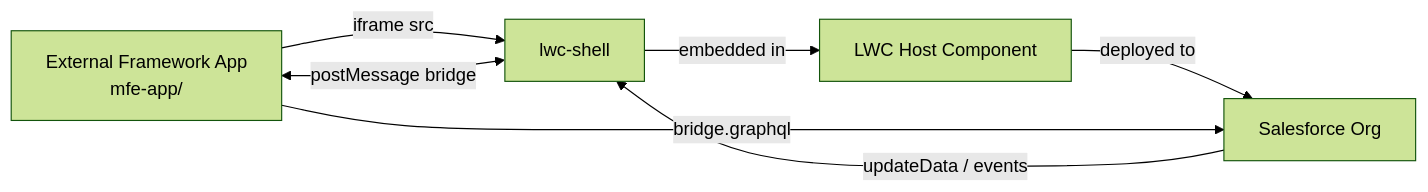
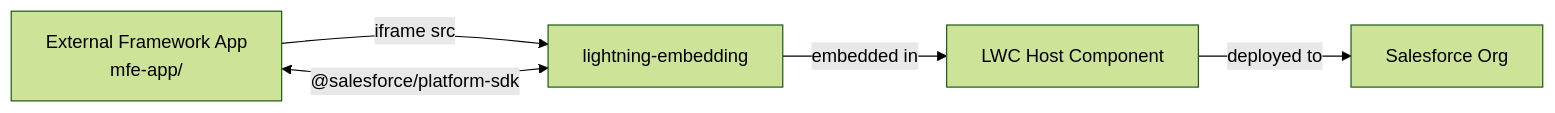
The second of 2 diagrams in README.md (trailheadapps/multiframework-recipes), drawn with Mermaid (forest theme) before and after one commit. The commit also changed other lines of this file and 36 other files, not shown here.

First line of the commit message:
feat(embedding): migrate to Platform SDK + <lightning-embedding>

````diff
--- a/README.md
+++ b/README.md
@@ -45,9 +45,7 @@
 ```mermaid
 graph LR
-    A[External Framework App<br/>mfe-app/] -->|iframe src| B[lwc-shell]
+    A[External Framework App<br/>mfe-app/] -->|iframe src| B[lightning-embedding]
     B -->|embedded in| C[LWC Host Component]
     C -->|deployed to| D[Salesforce Org]
-    B <-->|postMessage bridge| A
-    D -->|updateData / events| B
-    A -->|bridge.graphql| D
+    A <-->|"@salesforce/platform-sdk"| B
 ```
````
